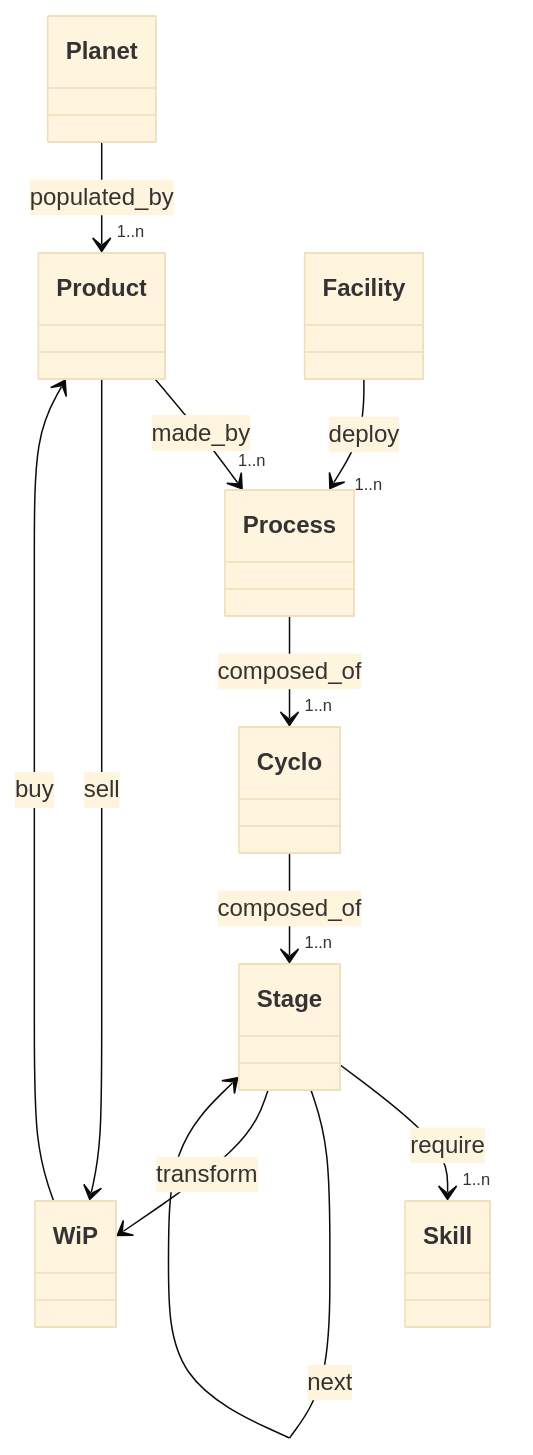
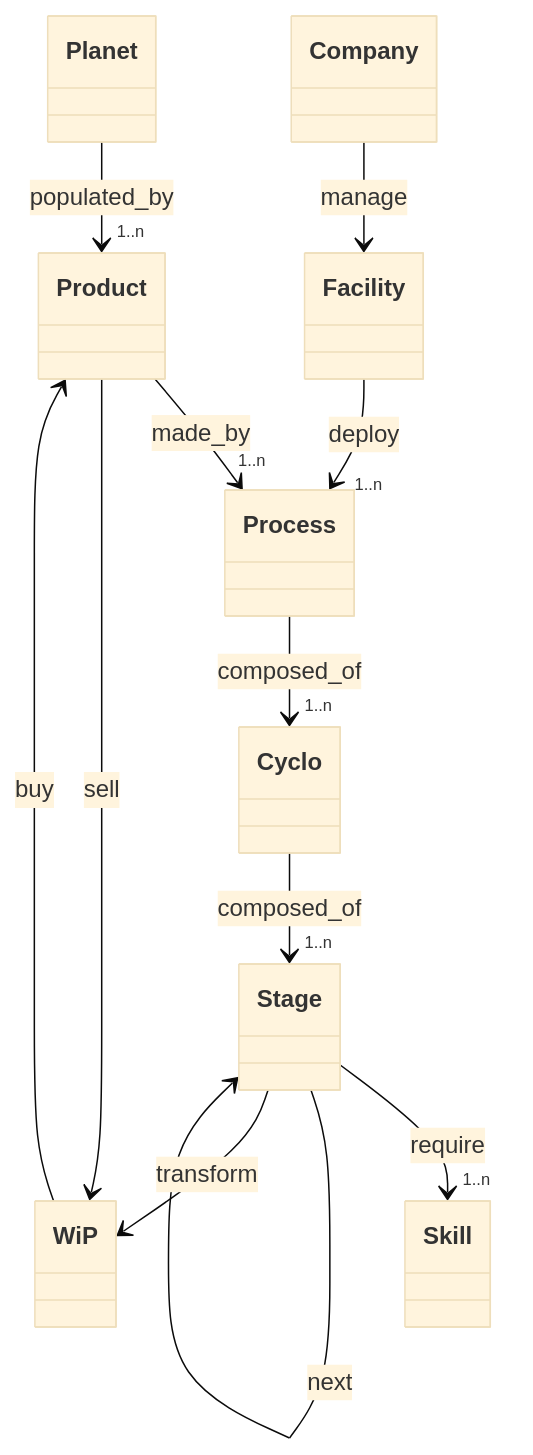
One commit to bampli/specs changed the diagram in content/docs/planet/model.md. Above: the diagram before and after it, drawn with Mermaid (base theme). The commit also changed other lines of this file, not shown here.

Commit message:
rev model Planet & Company

```diff
--- a/content/docs/planet/model.md
+++ b/content/docs/planet/model.md
@@ -10,13 +10,14 @@
 {{< mermaid >}}
 classDiagram
     Planet --> "1..n" Product : populated_by
+    Company --> Facility : manage
     Product --> "1..n" Process : made_by
     Facility --> "1..n" Process : deploy
     Stage --> "1..n" Skill : require
     Process --> "1..n" Cyclo : composed_of
     Cyclo --> "1..n" Stage : composed_of
     Stage --> Stage : next
     WiP --> Product : buy
     Stage --> WiP : transform
     Product --> WiP : sell
 {{< /mermaid >}}
```
